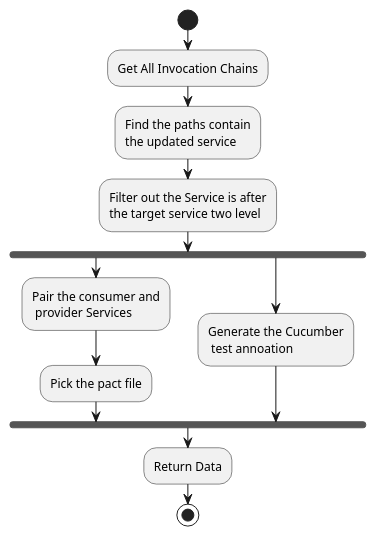
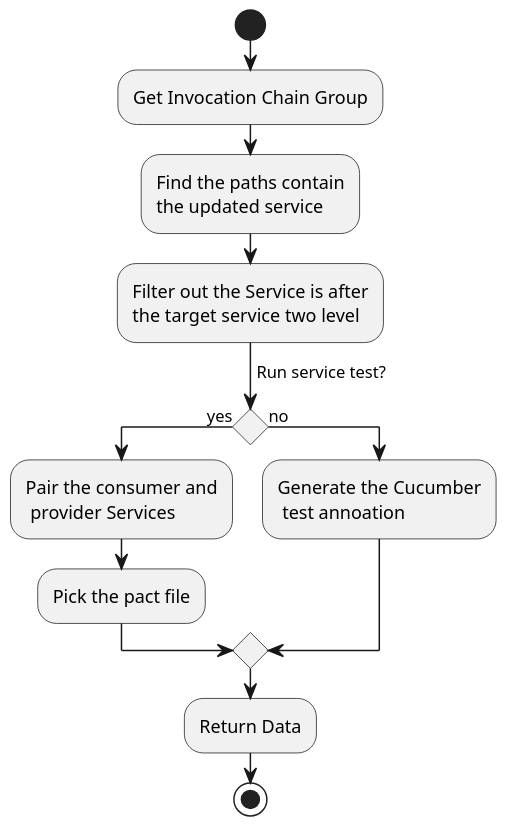
One commit to b4456609/mgp-back changed the diagram in diagram/regression.puml. Above: the diagram before and after it, drawn with PlantUML. The commit also changed 4 other files, not shown here.

Commit message:
update diagram

```diff
--- a/diagram/regression.puml
+++ b/diagram/regression.puml
@@ -1,14 +1,16 @@
 @startuml
+scale 1.5
 start
-:Get All Invocation Chains;
+:Get Invocation Chain Group;
 :Find the paths contain\nthe updated service;
 :Filter out the Service is after\nthe target service two level;
-fork
+->Run service test?;
+if() then (yes)
     :Pair the consumer and\n provider Services;
     :Pick the pact file;
-fork again
+else (no)
     :Generate the Cucumber\n test annoation;
-end fork
+endif
 :Return Data;
 stop
 @enduml
```
